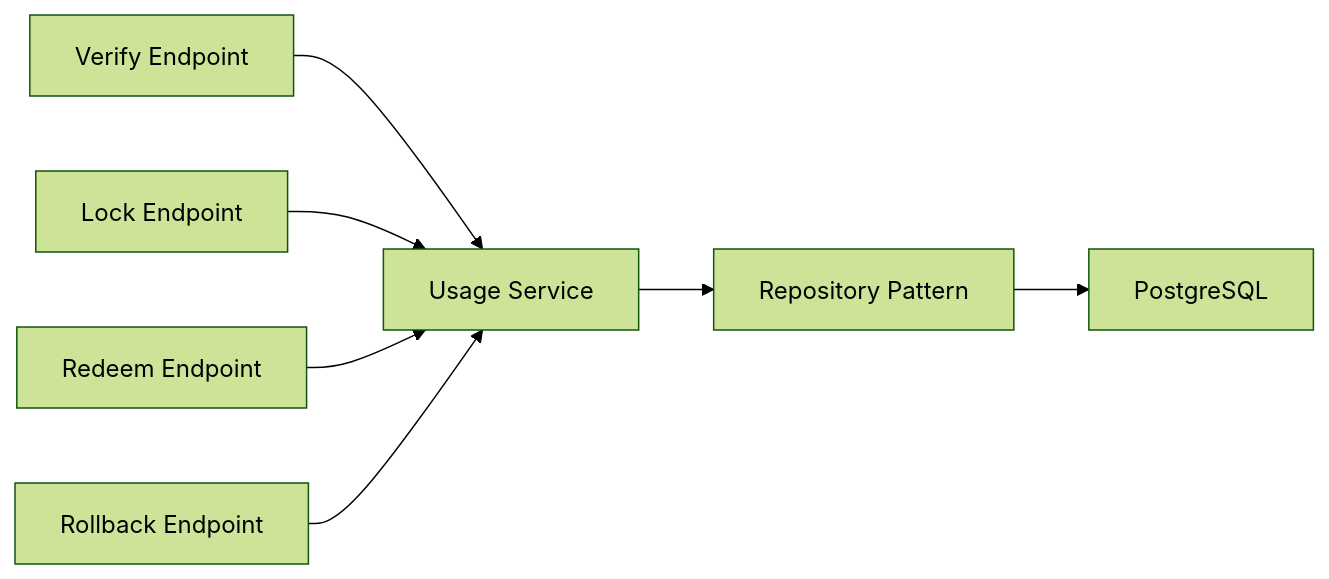
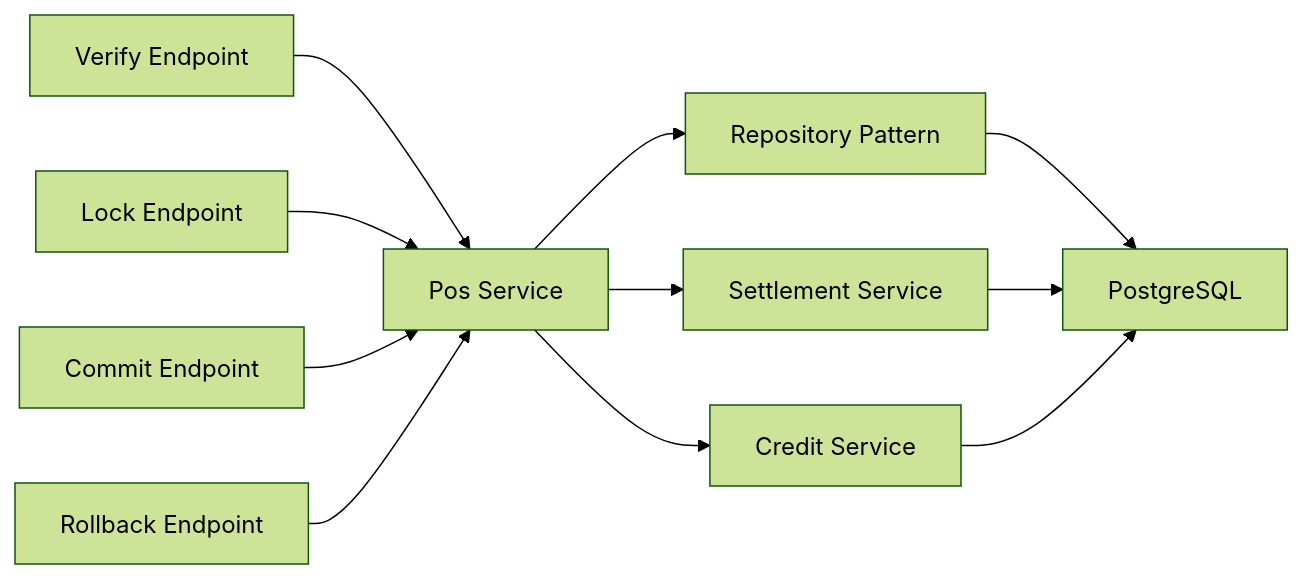
One commit to lamhongbac/NonCash changed the fifth of 6 diagrams in .qoder/repowiki/en/content/API Contracts and Integration/POS Integration API/POS Integration API.md. Above: the diagram before and after it, drawn with Mermaid (forest theme). The commit also changed other lines of this file and 13 other files, not shown here.

````diff
--- a/.qoder/repowiki/en/content/API Contracts and Integration/POS Integration API/POS Integration API.md
+++ b/.qoder/repowiki/en/content/API Contracts and Integration/POS Integration API/POS Integration API.md
@@ -377,9 +501,13 @@
 ```mermaid
 graph LR
-VERIFY["Verify Endpoint"] --> USAGE["Usage Service"]
-LOCK["Lock Endpoint"] --> USAGE
-REDEEM["Redeem Endpoint"] --> USAGE
-ROLLBACK["Rollback Endpoint"] --> USAGE
-USAGE --> REPO["Repository Pattern"]
+VERIFY["Verify Endpoint"] --> POS_SVC["Pos Service"]
+LOCK["Lock Endpoint"] --> POS_SVC
+COMMIT["Commit Endpoint"] --> POS_SVC
+ROLLBACK["Rollback Endpoint"] --> POS_SVC
+POS_SVC --> REPO["Repository Pattern"]
+POS_SVC --> SETTLEMENT["Settlement Service"]
+POS_SVC --> CREDIT["Credit Service"]
 REPO --> DB["PostgreSQL"]
+SETTLEMENT --> DB
+CREDIT --> DB
 ```
````
